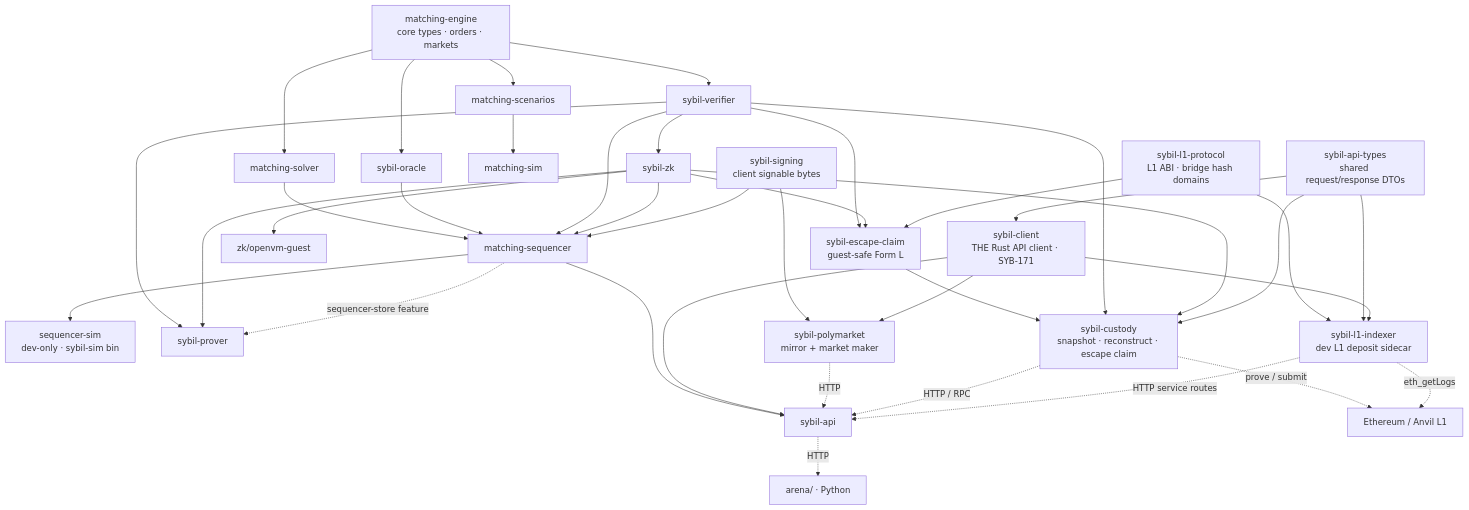
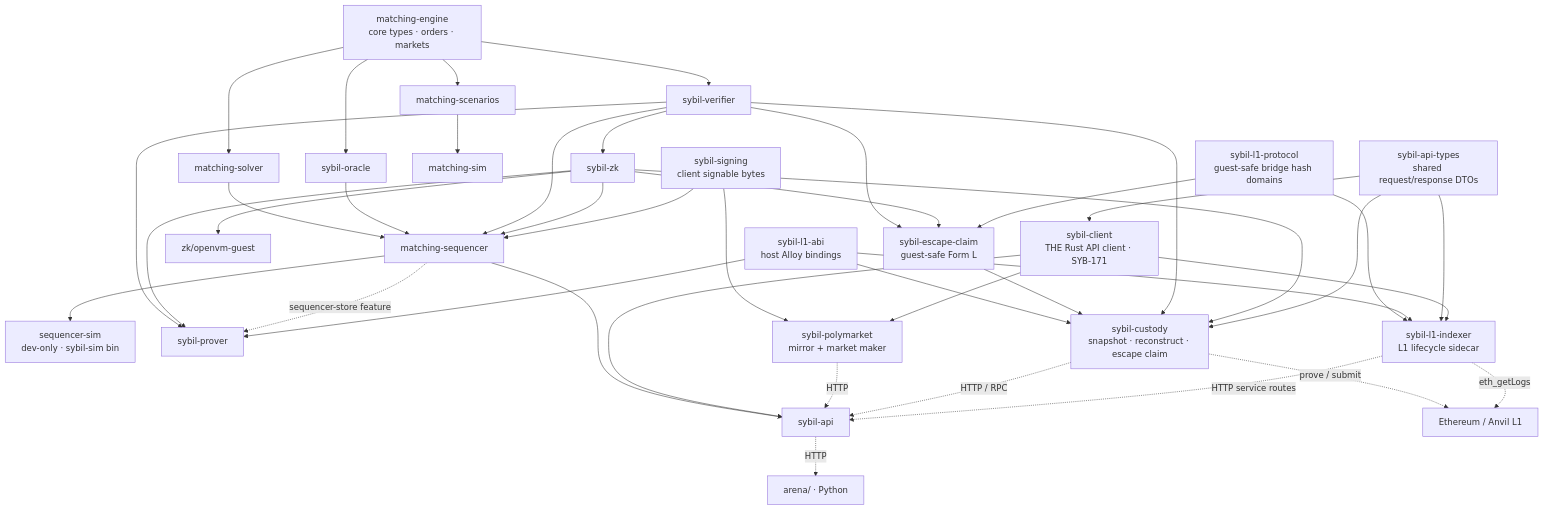
One commit to MetaB0y/sybil changed the diagram in docs/architecture/Crate Dependency Map.md. Above: the diagram before and after it, drawn with Mermaid. The commit also changed other lines of this file and 16 other files, not shown here.

Commit message:
refactor(l1): adopt Alloy bindings and structured shutdown

````diff
--- a/docs/architecture/Crate Dependency Map.md
+++ b/docs/architecture/Crate Dependency Map.md
@@ -40,46 +40,49 @@
 ```mermaid
 graph TB
     ENGINE["matching-engine<br/>core types · orders · markets"]
 
     ENGINE --> SOLVER["matching-solver"]
     ENGINE --> ORACLE["sybil-oracle"]
     ENGINE --> VERIFIER["sybil-verifier"]
     ENGINE --> SCENARIOS["matching-scenarios"]
 
     SOLVER --> SEQ["matching-sequencer"]
     ORACLE --> SEQ
     VERIFIER --> SEQ
     ZK --> SEQ
 
     SEQ --> API["sybil-api"]
     SEQ --> SEQSIM["sequencer-sim<br/>dev-only · sybil-sim bin"]
     API -.->|"HTTP"| ARENA["arena/ · Python"]
 
     SCENARIOS --> SIM["matching-sim"]
     VERIFIER --> ZK["sybil-zk"]
     VERIFIER --> ESCAPEGUEST["sybil-escape-claim<br/>guest-safe Form L"]
     ZK --> ESCAPEGUEST
     VERIFIER --> PROVER["sybil-prover"]
     ZK --> PROVER
     SEQ -.->|"sequencer-store feature"| PROVER
     ZK --> OPENVM["zk/openvm-guest"]
 
     SIGNING["sybil-signing<br/>client signable bytes"] --> SEQ
     SIGNING --> POLY
     TYPES["sybil-api-types<br/>shared request/response DTOs"] --> CLIENT["sybil-client<br/>THE Rust API client · SYB-171"]
     CLIENT --> POLY["sybil-polymarket<br/>mirror + market maker"]
     CLIENT --> API
     POLY -.->|"HTTP"| API
-    L1PROTO["sybil-l1-protocol<br/>L1 ABI · bridge hash domains"] --> L1INDEXER["sybil-l1-indexer<br/>dev L1 deposit sidecar"]
+    L1PROTO["sybil-l1-protocol<br/>guest-safe bridge hash domains"] --> L1INDEXER["sybil-l1-indexer<br/>L1 lifecycle sidecar"]
+    L1ABI["sybil-l1-abi<br/>host Alloy bindings"] --> L1INDEXER
+    L1ABI --> PROVER
+    L1ABI --> CUSTODY
     L1PROTO --> ESCAPEGUEST
     ESCAPEGUEST --> CUSTODY["sybil-custody<br/>snapshot · reconstruct · escape claim"]
     VERIFIER --> CUSTODY
     ZK --> CUSTODY
     TYPES --> CUSTODY
     CUSTODY -.->|"HTTP / RPC"| API
     CUSTODY -.->|"prove / submit"| L1
     TYPES --> L1INDEXER
     CLIENT --> L1INDEXER
     L1INDEXER -.->|"HTTP service routes"| API
     L1INDEXER -.->|"eth_getLogs"| L1["Ethereum / Anvil L1"]
 ```
````
